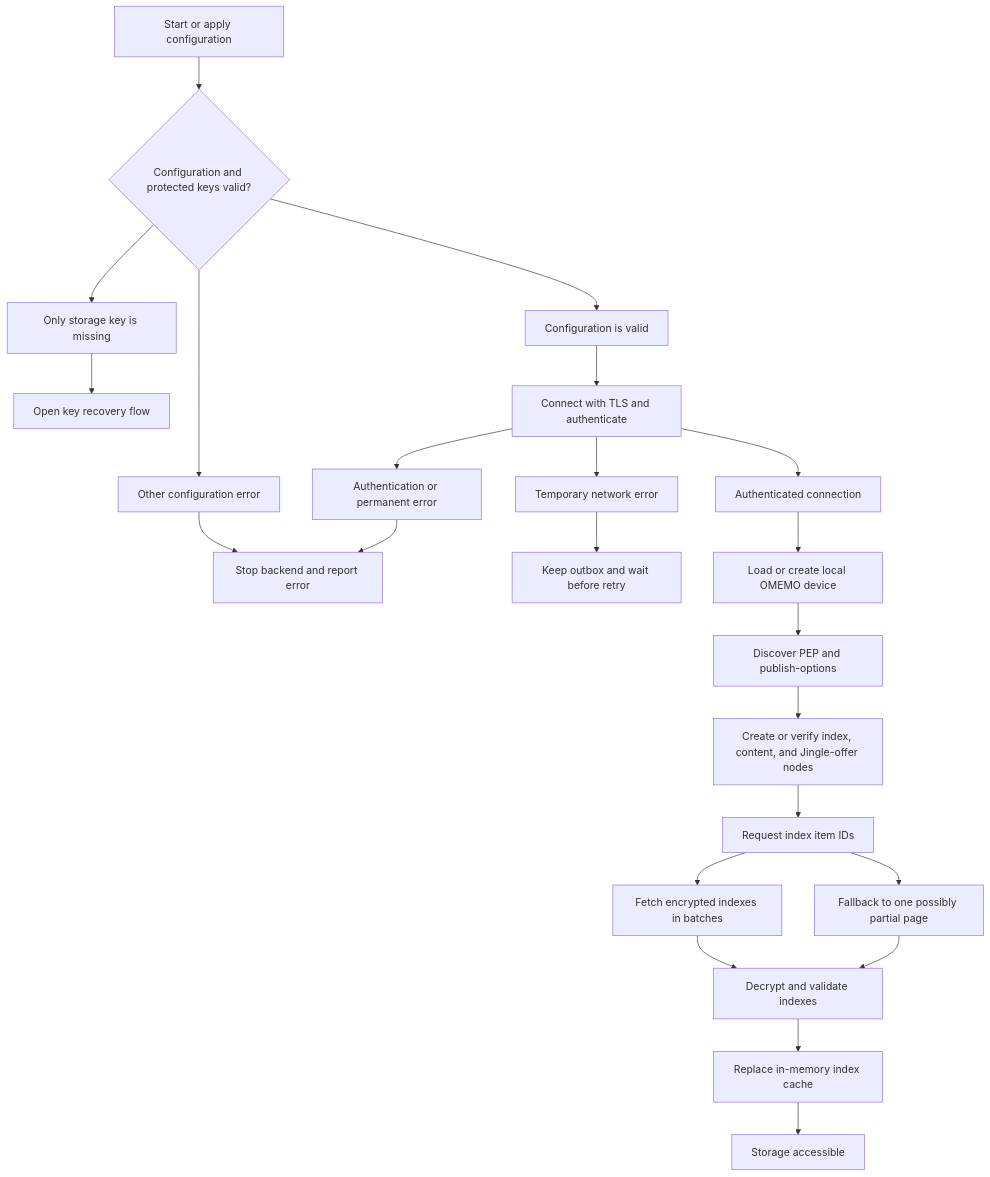
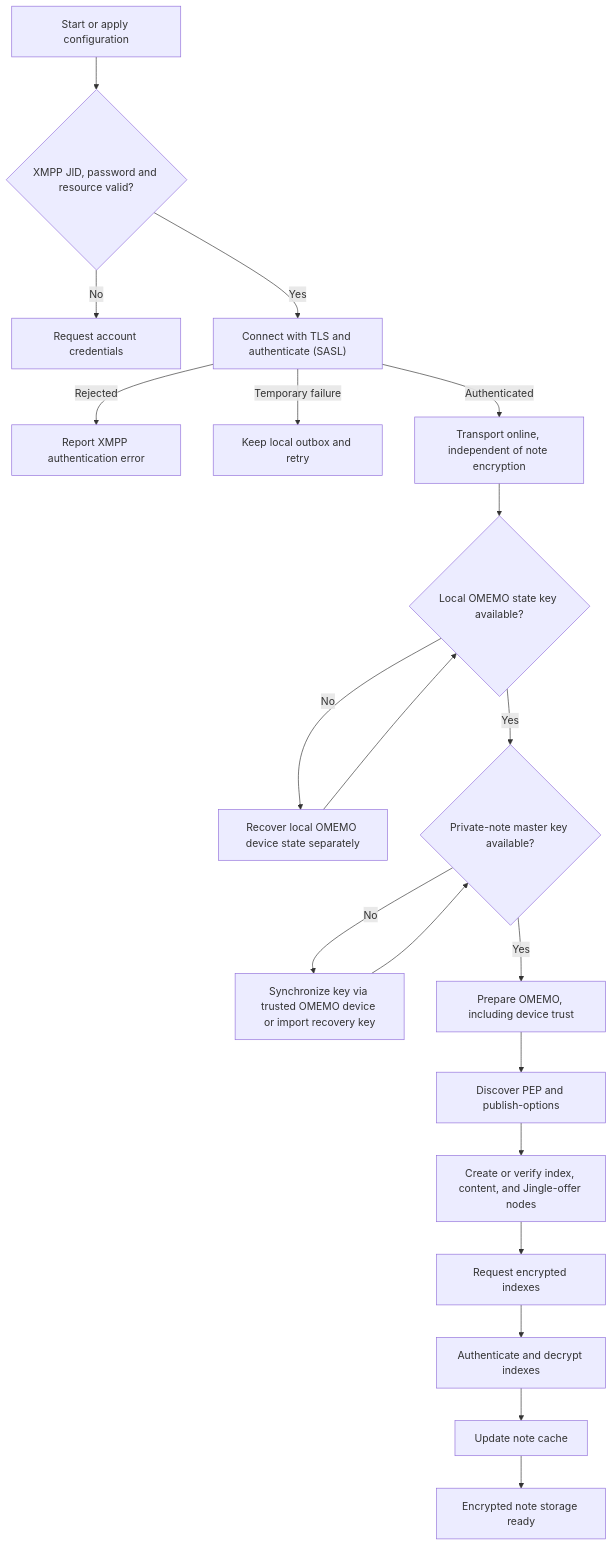
The second of 6 diagrams in plugins/xmpppubsub/README.md (Ri0n/AnyKeep), drawn with Mermaid before and after one commit. The commit also changed 24 other files, not shown here.

First line of the commit message:
fix(xmpp): decouple login from key recovery and wait for online devices (#206)

````diff
--- a/plugins/xmpppubsub/README.md
+++ b/plugins/xmpppubsub/README.md
@@ -305,25 +305,22 @@
 ```mermaid
 graph TD;
-    START["Start or apply configuration"] --> VALIDATE{"Configuration and protected keys valid?"};
-    VALIDATE --> VALID["Configuration is valid"];
-    VALIDATE --> MISSING["Only storage key is missing"];
-    VALIDATE --> INVALID["Other configuration error"];
-    MISSING --> WIZARD["Open key recovery flow"];
-    INVALID --> STOP["Stop backend and report error"];
-    VALID --> TLS["Connect with TLS and authenticate"];
-    TLS --> PERMANENT["Authentication or permanent error"];
-    TLS --> TEMPORARY["Temporary network error"];
-    TLS --> CONNECTED["Authenticated connection"];
-    PERMANENT --> STOP;
-    TEMPORARY --> BACKOFF["Keep outbox and wait before retry"];
-    CONNECTED --> OMEMO["Load or create local OMEMO device"];
+    START["Start or apply configuration"] --> CREDENTIALS{"XMPP JID, password and resource valid?"};
+    CREDENTIALS -->|No| SETUP["Request account credentials"];
+    CREDENTIALS -->|Yes| TLS["Connect with TLS and authenticate (SASL)"];
+    TLS -->|Rejected| AUTHFAIL["Report XMPP authentication error"];
+    TLS -->|Temporary failure| BACKOFF["Keep local outbox and retry"];
+    TLS -->|Authenticated| CONNECTED["Transport online, independent of note encryption"];
+    CONNECTED --> LOCAL{"Local OMEMO state key available?"};
+    LOCAL -->|No| OMEMOFIX["Recover local OMEMO device state separately"];
+    OMEMOFIX --> LOCAL;
+    LOCAL -->|Yes| KEY{"Private-note master key available?"};
+    KEY -->|No| WIZARD["Synchronize key via trusted OMEMO device or import recovery key"];
+    WIZARD --> KEY;
+    KEY -->|Yes| OMEMO["Prepare OMEMO, including device trust"];
     OMEMO --> PEP["Discover PEP and publish-options"];
     PEP --> NODES["Create or verify index, content, and Jingle-offer nodes"];
-    NODES --> IDS["Request index item IDs"];
-    IDS --> BATCH["Fetch encrypted indexes in batches"];
-    IDS --> FALLBACK["Fallback to one possibly partial page"];
-    BATCH --> DECRYPT["Decrypt and validate indexes"];
-    FALLBACK --> DECRYPT;
-    DECRYPT --> CACHE["Replace in-memory index cache"];
-    CACHE --> READY["Storage accessible"];
+    NODES --> IDS["Request encrypted indexes"];
+    IDS --> DECRYPT["Authenticate and decrypt indexes"];
+    DECRYPT --> CACHE["Update note cache"];
+    CACHE --> READY["Encrypted note storage ready"];
 ```
````
